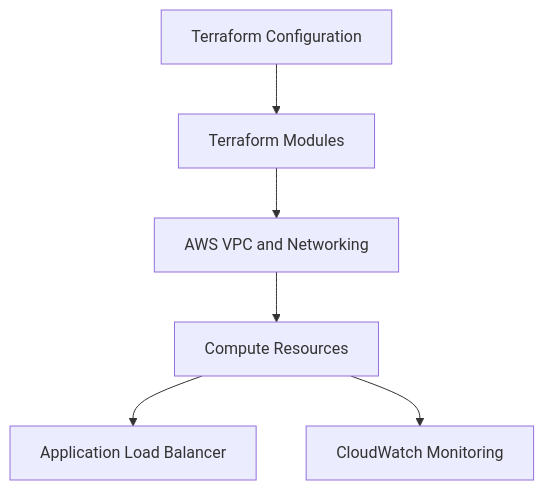
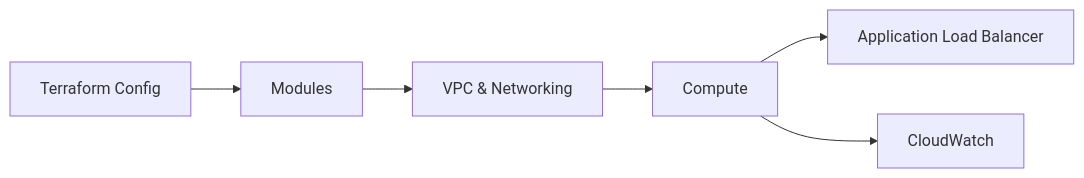
Before and after one commit to manesaurabh1704-devops/manesaurabh1704-devops: the eighth of 8 diagrams in README.md, drawn with Mermaid. The commit also changed other lines of this file, not shown here.

````diff
--- a/README.md
+++ b/README.md
@@ -522,8 +244,6 @@
 ```mermaid
-flowchart TD
-    A["Terraform Configuration"] --> B["Terraform Modules"]
-    B --> C["AWS VPC and Networking"]
-    C --> D["Compute Resources"]
+flowchart LR
+    A["Terraform Config"] --> B["Modules"] --> C["VPC & Networking"] --> D["Compute"]
     D --> E["Application Load Balancer"]
-    D --> F["CloudWatch Monitoring"]
+    D --> F["CloudWatch"]
 ```
````
